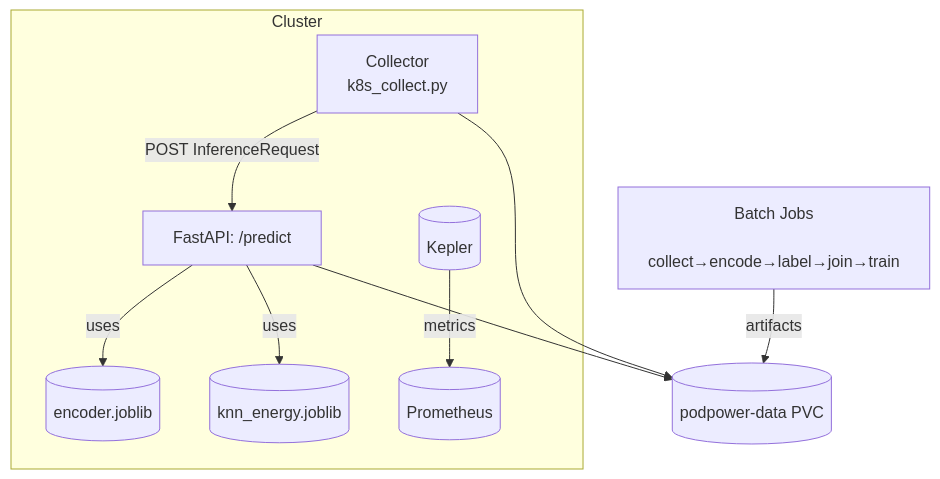
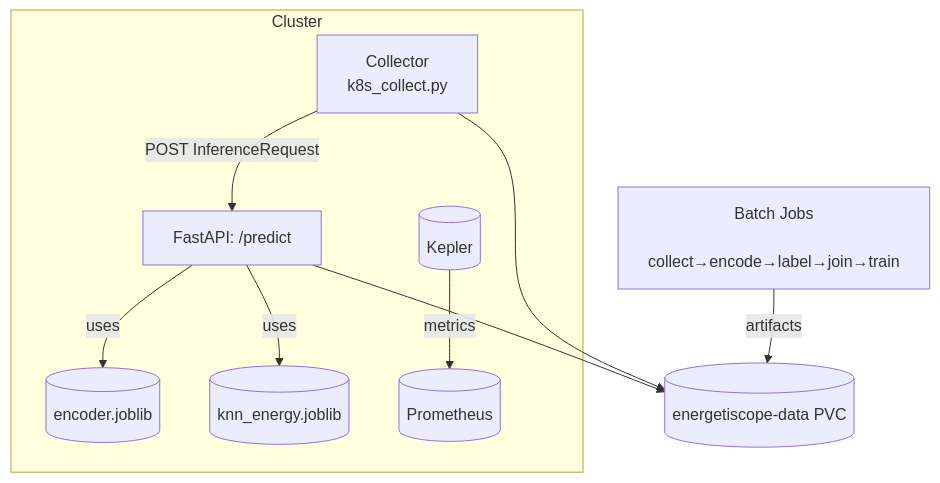
One commit to MSKazemi/k8sPodPCP changed the diagram in README_FULL.md. Above: the diagram before and after it, drawn with Mermaid. The commit also changed other lines of this file and 12 other files, not shown here.

````diff
--- a/README_FULL.md
+++ b/README_FULL.md
@@ -16,15 +16,15 @@
 ```mermaid
 flowchart TD
   subgraph Cluster
     Collector[Collector
     k8s_collect.py] -->|POST InferenceRequest| API[
     FastAPI: /predict]
     API --> |uses| Encoder[(encoder.joblib)]
     API --> |uses| Model[(knn_energy.joblib)]
     Kepler[(Kepler)] -->|metrics| Prometheus[(Prometheus)]
   end
   Jobs[Batch Jobs
-  collect→encode→label→join→train] -->|artifacts| PVC[(podpower-data PVC)]
+  collect→encode→label→join→train] -->|artifacts| PVC[(energetiscope-data PVC)]
   API --> PVC
   Collector --> PVC
 ```
````
